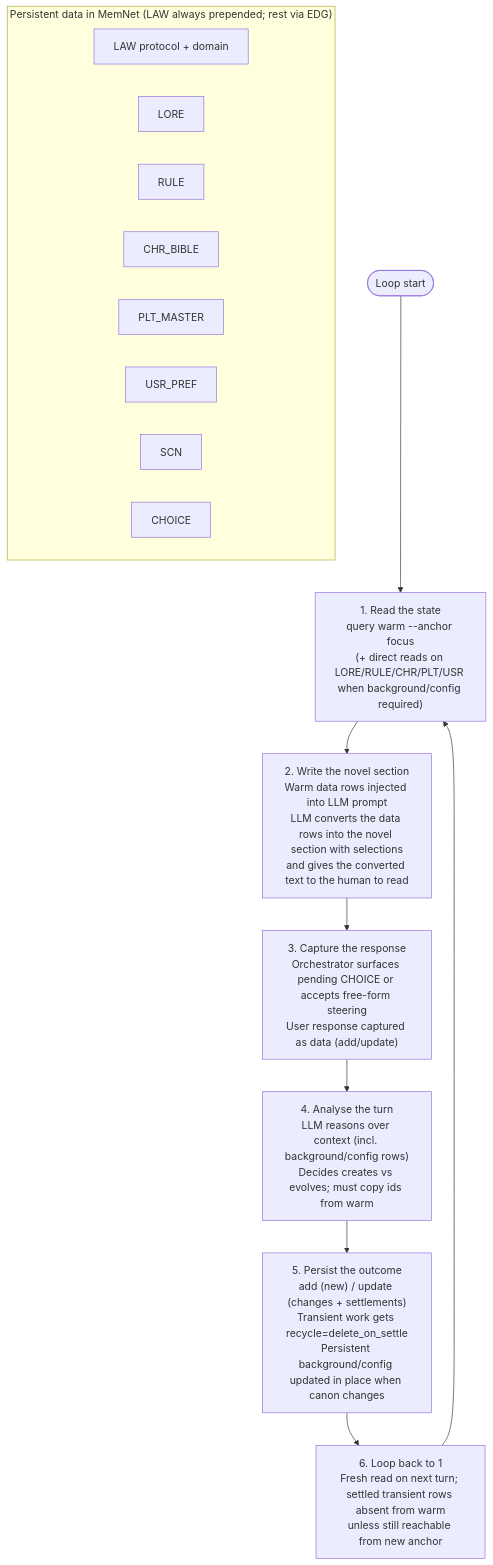
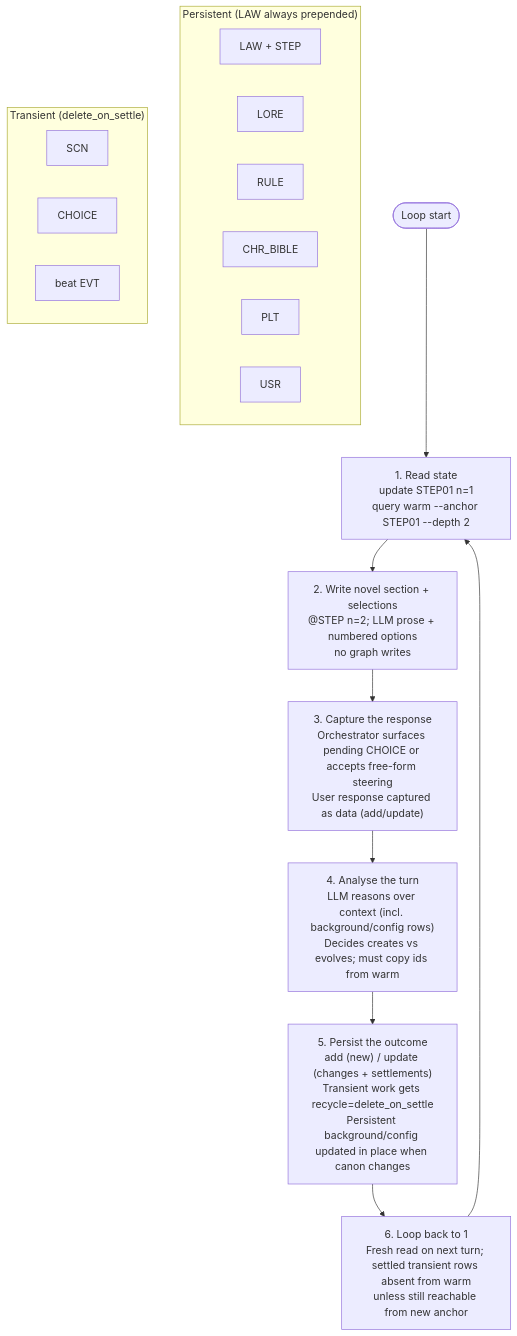
Before and after one commit to chouswei/MemNet: the diagram in application-notes/llm-novel-writer.md, drawn with Mermaid. The commit also changed other lines of this file and 1 other file, not shown here.

First line of the commit message:
docs(novel-writer): add IO token estimates and STEP orchestration guide

````diff
--- a/application-notes/llm-novel-writer.md
+++ b/application-notes/llm-novel-writer.md
@@ -674,21 +770,24 @@
 ```mermaid
 flowchart TD
-  Start([Loop start]) --> Step1["1. Read the state<br/>query warm --anchor focus<br/>(+ direct reads on LORE/RULE/CHR/PLT/USR when background/config required)"]
-  Step1 --> Step2["2. Write the novel section<br/>Warm data rows injected into LLM prompt<br/>LLM converts the data rows into the novel section with selections<br/>and gives the converted text to the human to read"]
+  Start([Loop start]) --> Step1["1. Read state<br/>update STEP01 n=1<br/>query warm --anchor STEP01 --depth 2"]
+  Step1 --> Step2["2. Write novel section + selections<br/>@STEP n=2; LLM prose + numbered options<br/>no graph writes"]
   Step2 --> Step3["3. Capture the response<br/>Orchestrator surfaces pending CHOICE or accepts free-form steering<br/>User response captured as data (add/update)"]
   Step3 --> Step4["4. Analyse the turn<br/>LLM reasons over context (incl. background/config rows)<br/>Decides creates vs evolves; must copy ids from warm"]
   Step4 --> Step5["5. Persist the outcome<br/>add (new) / update (changes + settlements)<br/>Transient work gets recycle=delete_on_settle<br/>Persistent background/config updated in place when canon changes"]
   Step5 --> Step6["6. Loop back to 1<br/>Fresh read on next turn; settled transient rows absent from warm<br/>unless still reachable from new anchor"]
   Step6 --> Step1
 
-  subgraph Persistent["Persistent data in MemNet (LAW always prepended; rest via EDG)"]
-    LAW_TAG[LAW protocol + domain]
+  subgraph Persistent["Persistent (LAW always prepended)"]
+    LAW_TAG[LAW + STEP]
     LORE
     RULE
     CHR_BIBLE
-    PLT_MASTER
-    USR_PREF
+    PLT
+    USR
+  end
+  subgraph Transient["Transient (delete_on_settle)"]
     SCN
     CHOICE
+    EVT_BEAT[beat EVT]
   end
 ```
````
